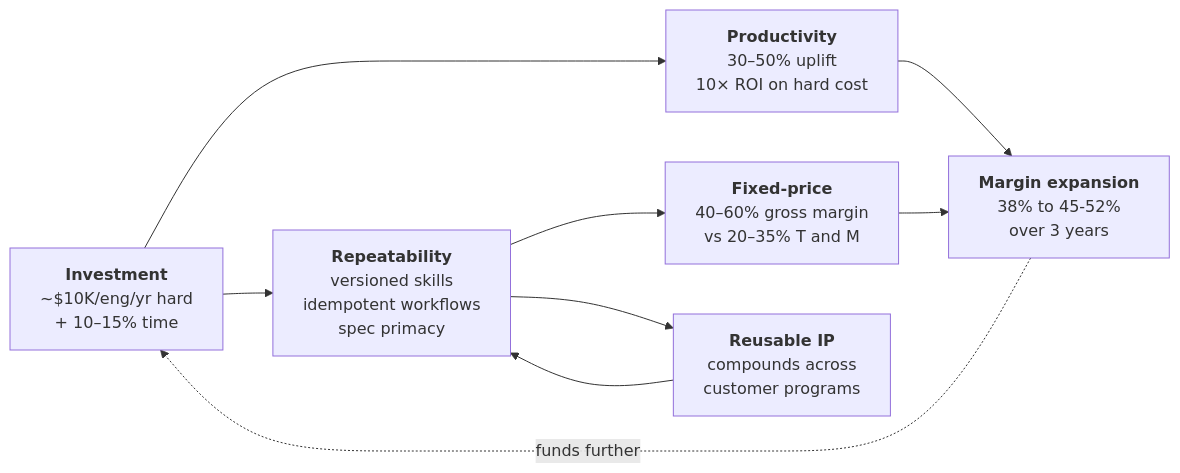
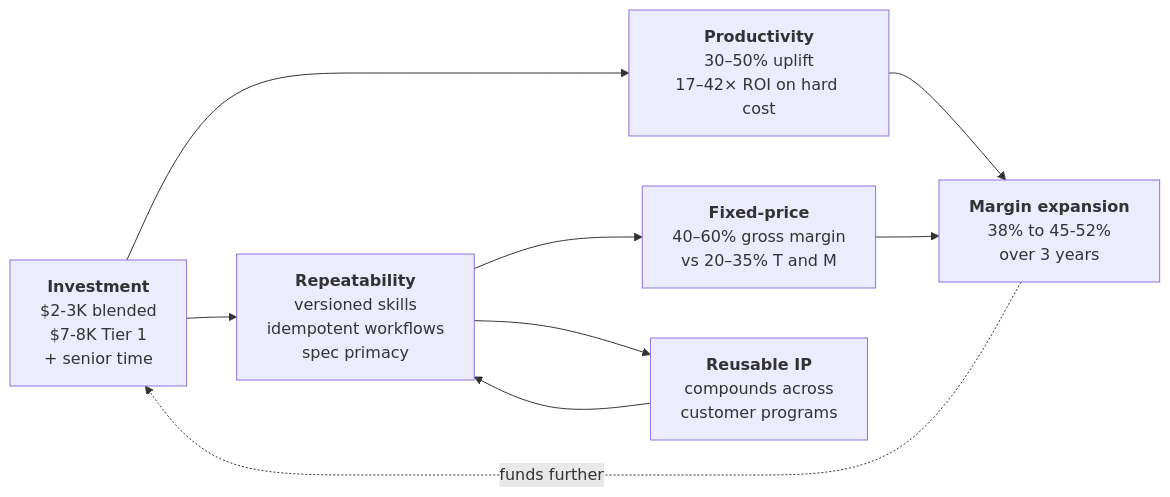
One commit to issamjadar-eng/PDLC_DEMO changed the second of 2 diagrams in agentic-delivery-whitepaper.md. Above: the diagram before and after it, drawn with Mermaid. The commit also changed other lines of this file and 2 other files, not shown here.

````diff
--- a/agentic-delivery-whitepaper.md
+++ b/agentic-delivery-whitepaper.md
@@ -395,18 +427,18 @@
 ```mermaid
 flowchart LR
-    INV["<b>Investment</b><br/>~$10K/eng/yr hard<br/>+ 10–15% time"]
-    PROD["<b>Productivity</b><br/>30–50% uplift<br/>10× ROI on hard cost"]
+    INV["<b>Investment</b><br/>$2-3K blended<br/>$7-8K Tier 1<br/>+ senior time"]
+    PROD["<b>Productivity</b><br/>30–50% uplift<br/>17–42× ROI on hard cost"]
     REPEAT["<b>Repeatability</b><br/>versioned skills<br/>idempotent workflows<br/>spec primacy"]
     FIXED["<b>Fixed-price</b><br/>40–60% gross margin<br/>vs 20–35% T and M"]
     IP["<b>Reusable IP</b><br/>compounds across<br/>customer programs"]
     MARGIN["<b>Margin expansion</b><br/>38% to 45-52%<br/>over 3 years"]
 
     INV --> PROD
     INV --> REPEAT
     PROD --> MARGIN
     REPEAT --> FIXED
     REPEAT --> IP
     FIXED --> MARGIN
     IP --> REPEAT
     MARGIN -.->|funds further| INV
 ```
````
